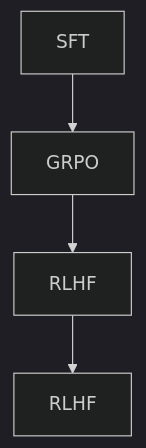
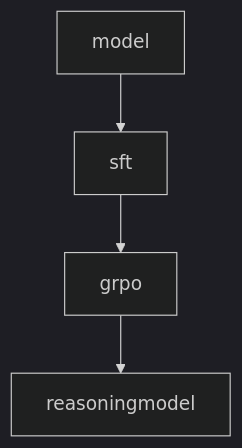
One commit to The-Swarm-Corporation/AgentGym changed the diagram in README.md. Above: the diagram before and after it, drawn with Mermaid (dark theme). The commit also changed other lines of this file, not shown here.

````diff
--- a/README.md
+++ b/README.md
@@ -40,6 +41,6 @@
 ```mermaid
 graph TD;
-    A[SFT] --> B[GRPO]
-    B --> C[RLHF]
-    C --> D[RLHF]
+    A[model] --> B[sft]
+    B --> C[grpo]
+    C --> D[reasoningmodel]
 ```
````
